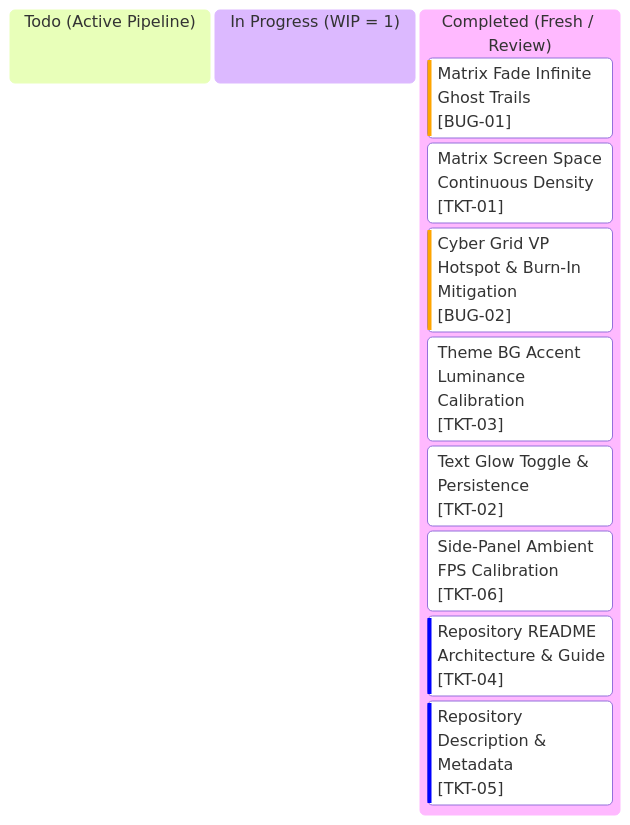
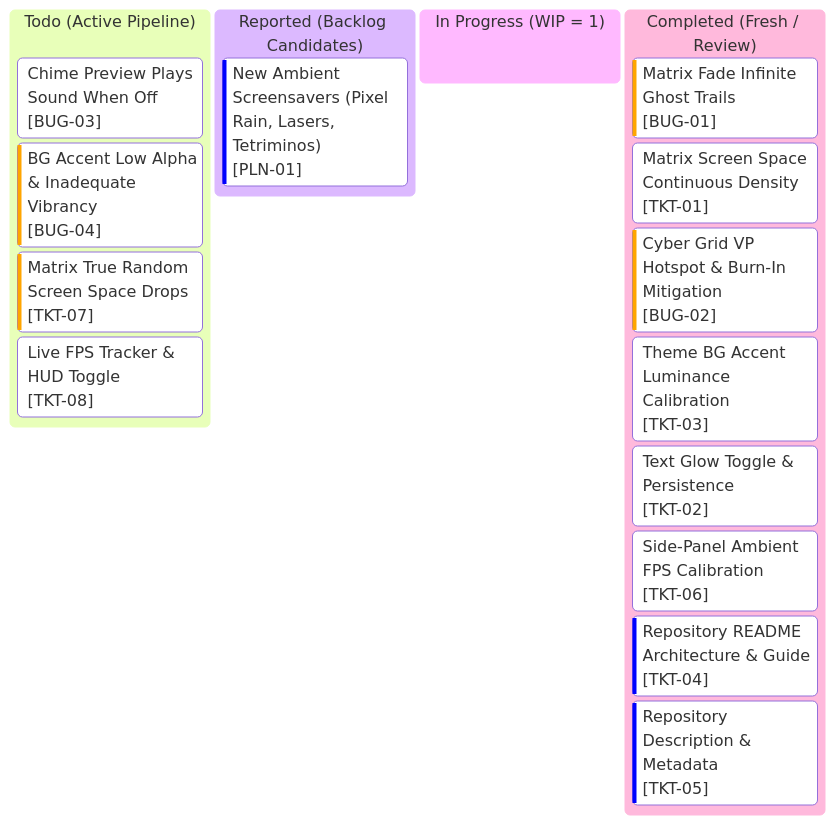
One commit to AlitheiaDeus/Clockity changed the diagram in kanban.md. Above: the diagram before and after it, drawn with Mermaid. The commit also changed other lines of this file and 5 other files, not shown here.

Commit message:
chore(kanban): index BUG-03 chime preview, BUG-04 bg accent alpha, TKT-07 random matrix, TKT-08 live fps, and PLN-01 candidate shaders

````diff
--- a/kanban.md
+++ b/kanban.md
@@ -3,14 +3,20 @@
 ```mermaid
 kanban
   todo["Todo (Active Pipeline)"]
+    bug03["Chime Preview Plays Sound When Off"]@{ ticket: '[BUG-03]', priority: 'Medium' }
+    bug04["BG Accent Low Alpha & Inadequate Vibrancy"]@{ ticket: '[BUG-04]', priority: 'High' }
+    tkt07["Matrix True Random Screen Space Drops"]@{ ticket: '[TKT-07]', priority: 'High' }
+    tkt08["Live FPS Tracker & HUD Toggle"]@{ ticket: '[TKT-08]', priority: 'Medium' }
+  reported["Reported (Backlog Candidates)"]
+    pln01["New Ambient Screensavers (Pixel Rain, Lasers, Tetriminos)"]@{ ticket: '[PLN-01]', priority: 'Low' }
   in_progress["In Progress (WIP = 1)"]
   completed["Completed (Fresh / Review)"]
     bug01["Matrix Fade Infinite Ghost Trails"]@{ ticket: '[BUG-01]', priority: 'High' }
     tkt01["Matrix Screen Space Continuous Density"]@{ ticket: '[TKT-01]', priority: 'Medium' }
     bug02["Cyber Grid VP Hotspot & Burn-In Mitigation"]@{ ticket: '[BUG-02]', priority: 'High' }
     tkt03["Theme BG Accent Luminance Calibration"]@{ ticket: '[TKT-03]', priority: 'Medium' }
     tkt02["Text Glow Toggle & Persistence"]@{ ticket: '[TKT-02]', priority: 'Medium' }
     tkt06["Side-Panel Ambient FPS Calibration"]@{ ticket: '[TKT-06]', priority: 'Medium' }
     tkt04["Repository README Architecture & Guide"]@{ ticket: '[TKT-04]', priority: 'Low' }
     tkt05["Repository Description & Metadata"]@{ ticket: '[TKT-05]', priority: 'Low' }
 ```
````
